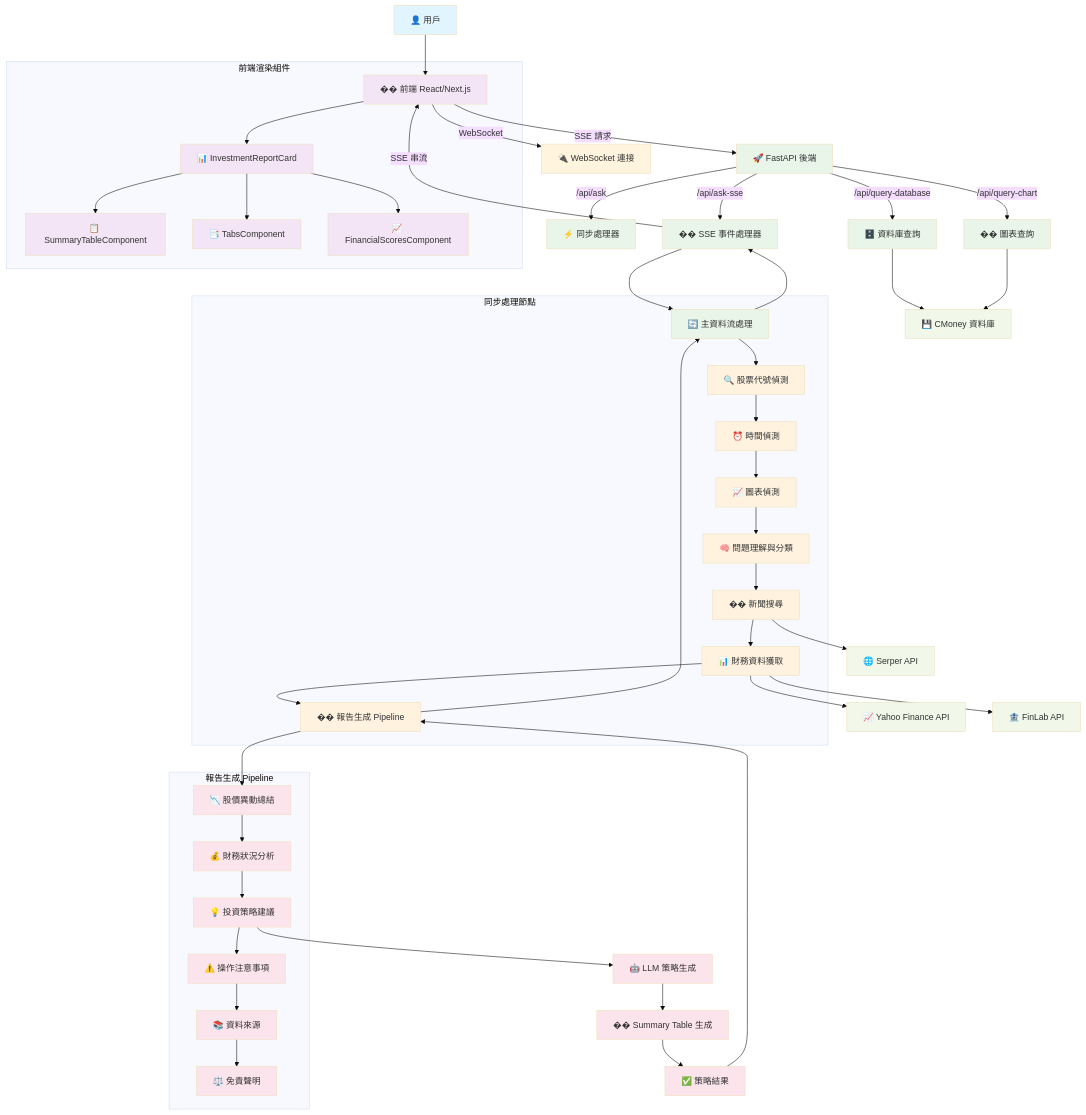
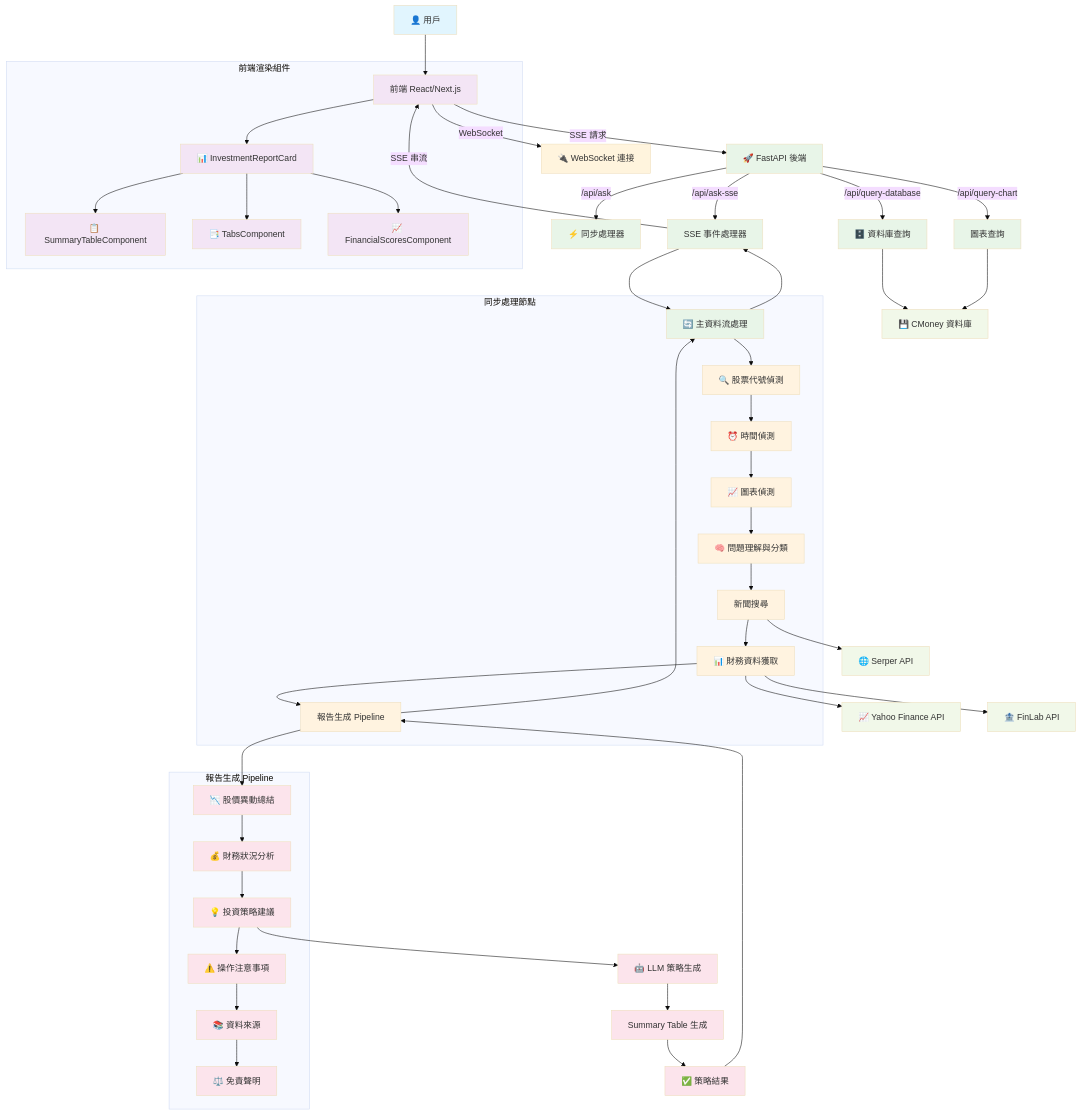
One commit to hihihowru/ai-chatbot-proxy changed the first of 2 diagrams in docs/architecture.md. Above: the diagram before and after it, drawn with Mermaid (base theme). The commit also changed other lines of this file, not shown here.

Commit message:
docs: 新增自選股摘要流程圖到系統架構文檔

````diff
--- a/docs/architecture.md
+++ b/docs/architecture.md
@@ -6,83 +6,83 @@
 ```mermaid fullWidth="true"
 graph TB
     %% 用戶層
-    User[👤 用戶] --> Frontend[�� 前端 React/Next.js]
+    User[👤 用戶] --> Frontend[ 前端 React/Next.js]
     
     %% 前端層
     Frontend --> |SSE 請求| API[🚀 FastAPI 後端]
     Frontend --> |WebSocket| WS[🔌 WebSocket 連接]
     
     %% 後端 API 層
-    API --> |/api/ask-sse| SSEHandler[�� SSE 事件處理器]
+    API --> |/api/ask-sse| SSEHandler[ SSE 事件處理器]
     API --> |/api/ask| SyncHandler[⚡ 同步處理器]
     API --> |/api/query-database| DBHandler[🗄️ 資料庫查詢]
-    API --> |/api/query-chart| ChartHandler[�� 圖表查詢]
+    API --> |/api/query-chart| ChartHandler[ 圖表查詢]
     
     %% 主要資料流處理
     SSEHandler --> MainFlow[🔄 主資料流處理]
     
     %% 同步處理節點 (Sequential Processing)
     subgraph "同步處理節點"
         MainFlow --> DetectStocks[🔍 股票代號偵測]
         DetectStocks --> DetectTime[⏰ 時間偵測]
         DetectTime --> DetectChart[📈 圖表偵測]
         DetectChart --> ClassifyExtract[🧠 問題理解與分類]
-        ClassifyExtract --> NewsSearch[�� 新聞搜尋]
+        ClassifyExtract --> NewsSearch[ 新聞搜尋]
         NewsSearch --> FinancialData[📊 財務資料獲取]
-        FinancialData --> ReportPipeline[�� 報告生成 Pipeline]
+        FinancialData --> ReportPipeline[ 報告生成 Pipeline]
     end
     
     %% 報告生成 Pipeline (Sequential Section Generation)
     subgraph "報告生成 Pipeline"
         ReportPipeline --> PriceSummary[📉 股價異動總結]
         PriceSummary --> FinancialSection[💰 財務狀況分析]
         FinancialSection --> StrategySection[💡 投資策略建議]
         StrategySection --> NoticeSection[⚠️ 操作注意事項]
         NoticeSection --> SourcesSection[📚 資料來源]
         SourcesSection --> DisclaimerSection[⚖️ 免責聲明]
     end
     
     %% 投資策略建議 Section (包含 summary_table)
     StrategySection --> LLMStrategy[🤖 LLM 策略生成]
-    LLMStrategy --> SummaryTable[�� Summary Table 生成]
+    LLMStrategy --> SummaryTable[ Summary Table 生成]
     SummaryTable --> StrategyResult[✅ 策略結果]
     
     %% 外部 API 整合
     NewsSearch --> SerperAPI[🌐 Serper API]
     FinancialData --> YahooFinance[📈 Yahoo Finance API]
     FinancialData --> FinLabAPI[🏦 FinLab API]
     
     %% 資料庫層
     DBHandler --> CMoneyDB[💾 CMoney 資料庫]
     ChartHandler --> CMoneyDB
     
     %% 前端渲染層
     subgraph "前端渲染組件"
         Frontend --> InvestmentCard[📊 InvestmentReportCard]
         InvestmentCard --> SummaryTableComponent[📋 SummaryTableComponent]
         InvestmentCard --> TabsComponent[📑 TabsComponent]
         InvestmentCard --> FinancialScores[📈 FinancialScoresComponent]
     end
     
     %% 資料流回傳
     StrategyResult --> ReportPipeline
     ReportPipeline --> MainFlow
     MainFlow --> SSEHandler
     SSEHandler --> |SSE 串流| Frontend
     
     %% 樣式定義
     classDef userLayer fill:#e1f5fe
     classDef frontendLayer fill:#f3e5f5
     classDef backendLayer fill:#e8f5e8
     classDef apiLayer fill:#fff3e0
     classDef dataLayer fill:#fce4ec
     classDef externalLayer fill:#f1f8e9
     
     class User userLayer
     class Frontend,InvestmentCard,SummaryTableComponent,TabsComponent,FinancialScores frontendLayer
     class API,SSEHandler,SyncHandler,DBHandler,ChartHandler,MainFlow backendLayer
     class DetectStocks,DetectTime,DetectChart,ClassifyExtract,NewsSearch,FinancialData,ReportPipeline apiLayer
     class PriceSummary,FinancialSection,StrategySection,NoticeSection,SourcesSection,DisclaimerSection,LLMStrategy,SummaryTable,StrategyResult dataLayer
     class SerperAPI,YahooFinance,FinLabAPI,CMoneyDB externalLayer
 
 ```
````
